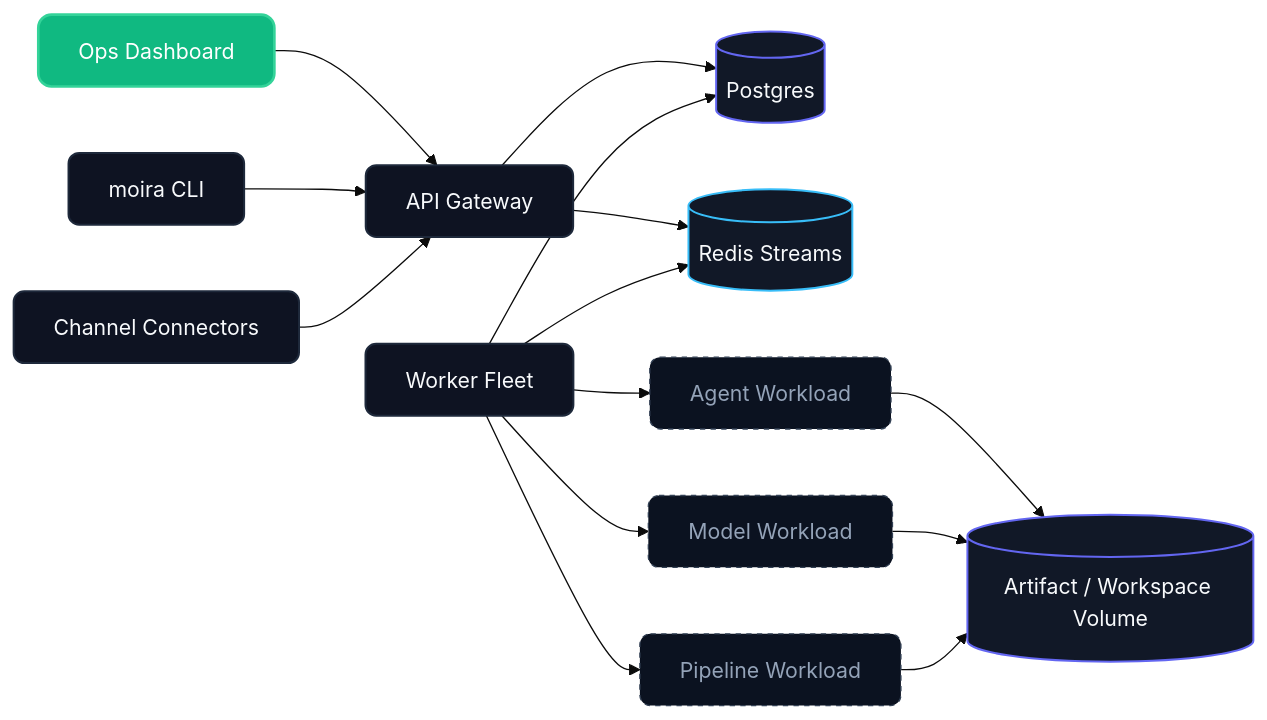
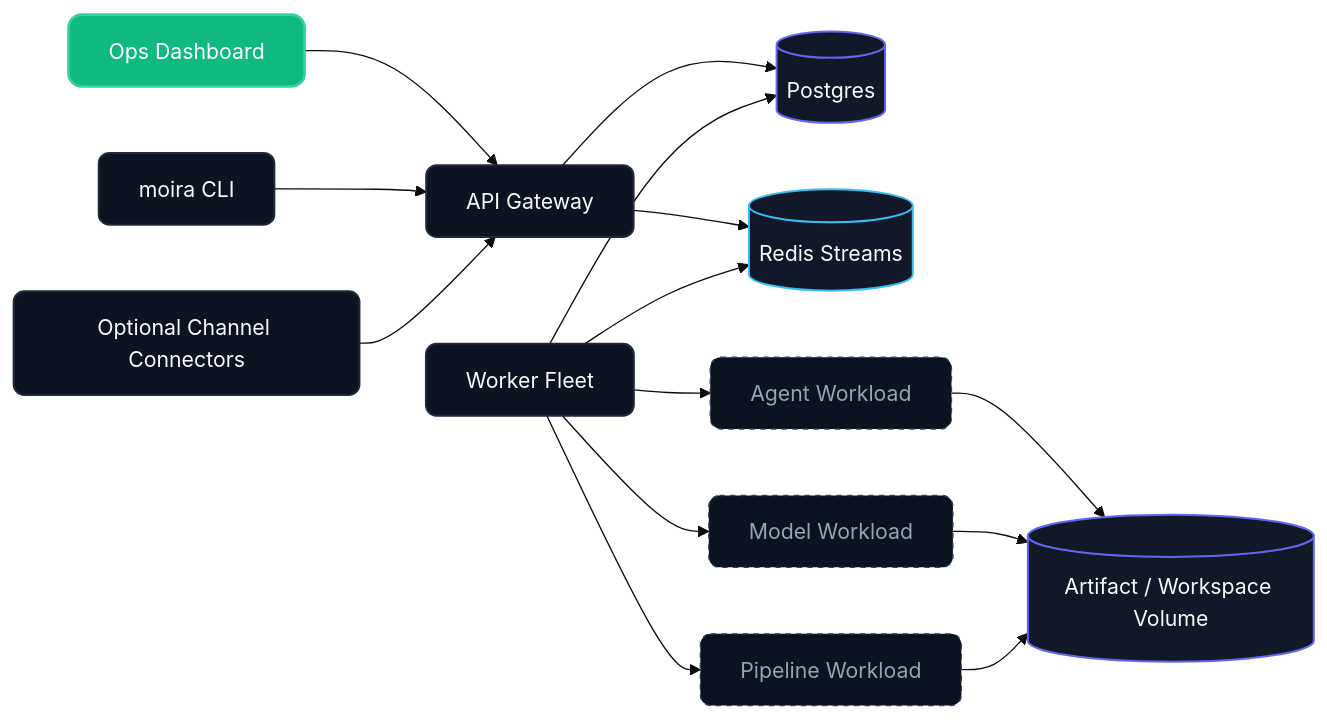
The second of 5 diagrams in docs/agent-ops-architecture.md (moiraweave-labs/moiraweave-docs), drawn with Mermaid (base theme) before and after one commit. The commit also changed other lines of this file and 3 other files, not shown here.

````diff
--- a/docs/agent-ops-architecture.md
+++ b/docs/agent-ops-architecture.md
@@ -36,25 +37,25 @@
 ```mermaid
 flowchart LR
   %% Custom class definitions
   classDef default fill:#0e1322,stroke:#1e293b,stroke-width:1.5px,color:#f8fafc,rx:8px;
   classDef primary fill:#10b981,stroke:#34d399,stroke-width:2px,color:#ffffff,rx:10px;
   classDef external fill:#0b1220,stroke:#334155,stroke-width:1px,color:#94a3b8,stroke-dasharray: 4 4,rx:8px;
   classDef database fill:#111827,stroke:#6366f1,stroke-width:1.5px,color:#f8fafc,rx:4px;
   classDef queue fill:#111827,stroke:#38bdf8,stroke-width:1.5px,color:#f8fafc,rx:4px;
 
   UI[Ops Dashboard]:::primary --> API[API Gateway]
   CLI[moira CLI]:::default --> API
-  CH[Channel Connectors]:::default --> API
+  CH[Optional Channel Connectors]:::default --> API
   API --> PG[(Postgres)]:::database
   API --> REDIS[(Redis Streams)]:::queue
   Worker[Worker Fleet]:::default --> REDIS
   Worker --> PG
   Worker --> W1[Agent Workload]:::external
   Worker --> W2[Model Workload]:::external
   Worker --> W3[Pipeline Workload]:::external
   W1 --> FS[(Artifact / Workspace Volume)]:::database
   W2 --> FS
   W3 --> FS
 
   class API,Worker default;
 ```
````
